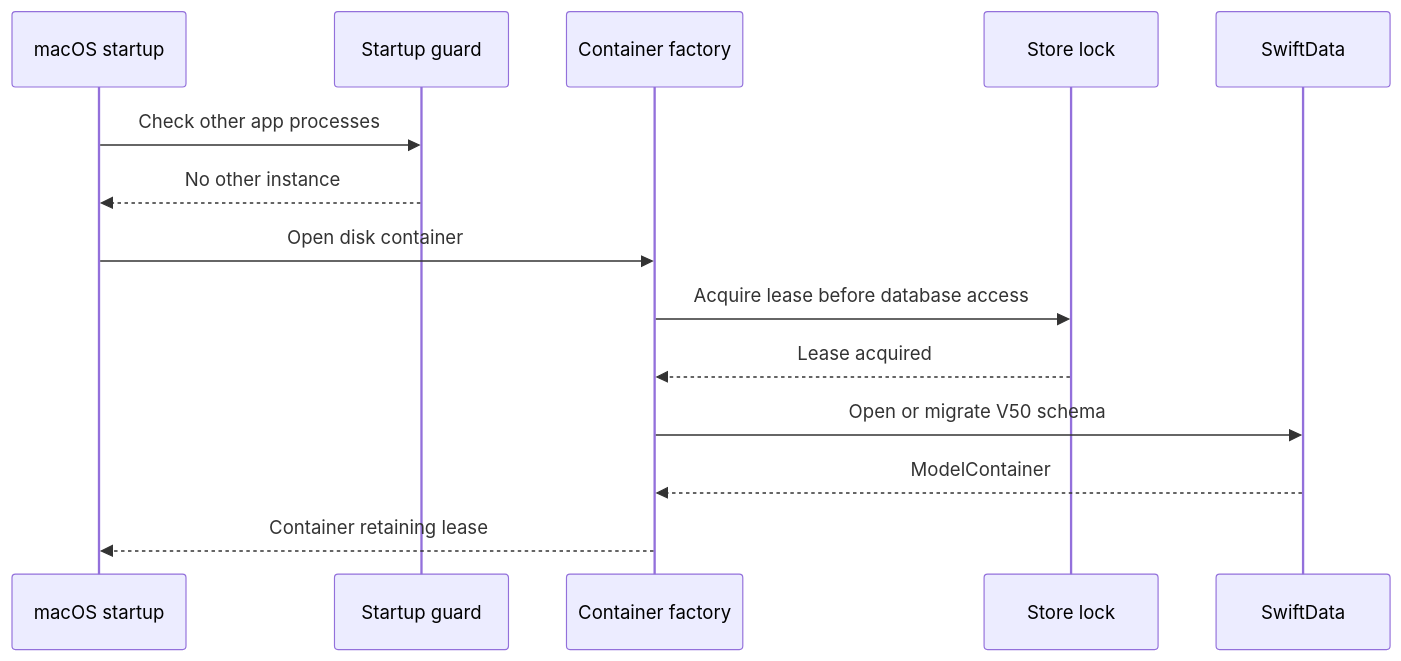
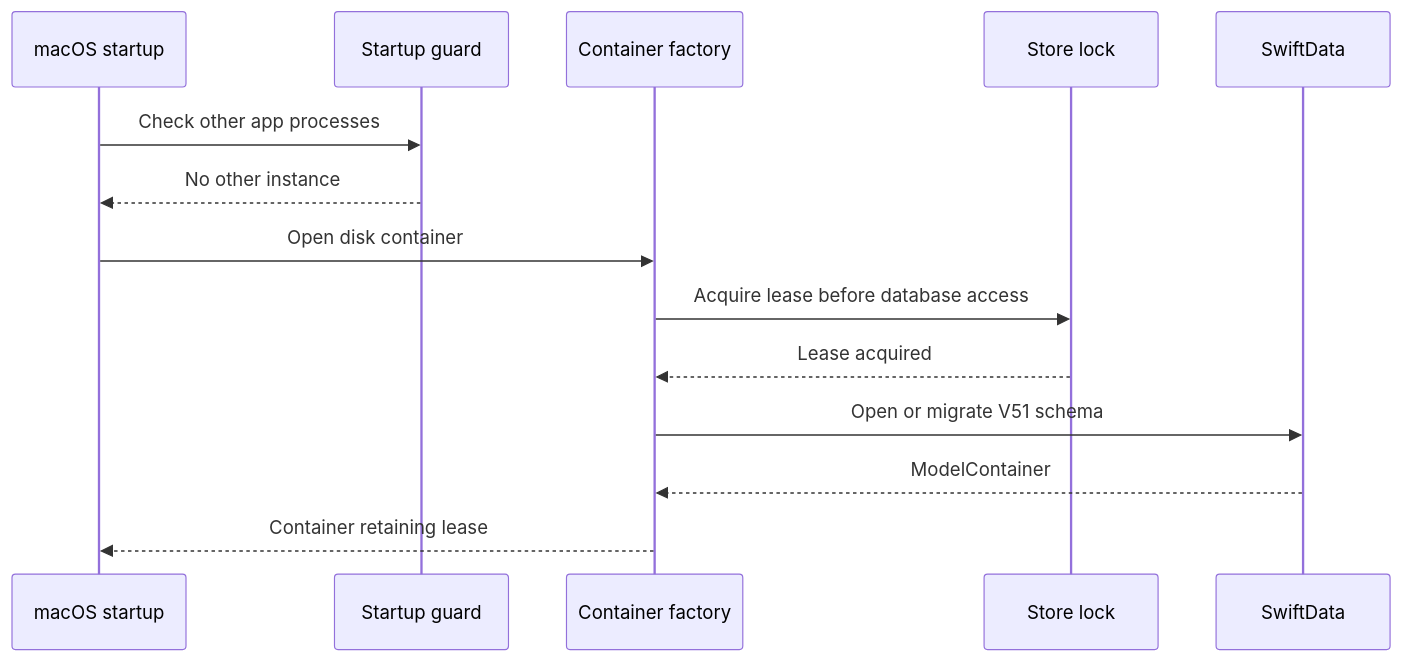
Before and after one commit to AkinoKaede/Termind: the second of 5 diagrams in openwiki/testing/behavioral-boundaries-and-fixtures.md, drawn with Mermaid. The commit also changed other lines of this file and 69 other files, not shown here.

````diff
--- a/openwiki/testing/behavioral-boundaries-and-fixtures.md
+++ b/openwiki/testing/behavioral-boundaries-and-fixtures.md
@@ -197,16 +207,16 @@
 ```mermaid
 sequenceDiagram
     participant App as macOS startup
     participant Guard as Startup guard
     participant Factory as Container factory
     participant Lock as Store lock
     participant DB as SwiftData
     App->>Guard: Check other app processes
     Guard-->>App: No other instance
     App->>Factory: Open disk container
     Factory->>Lock: Acquire lease before database access
     Lock-->>Factory: Lease acquired
-    Factory->>DB: Open or migrate V50 schema
+    Factory->>DB: Open or migrate V51 schema
     DB-->>Factory: ModelContainer
     Factory-->>App: Container retaining lease
 ```
````
